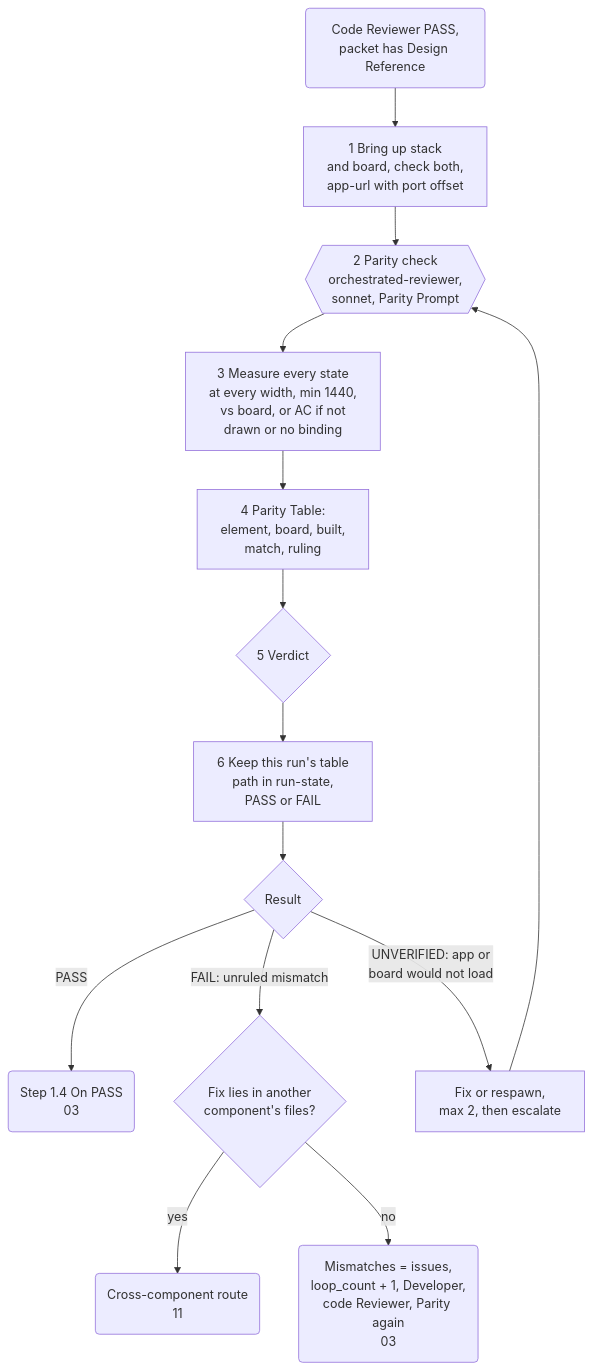
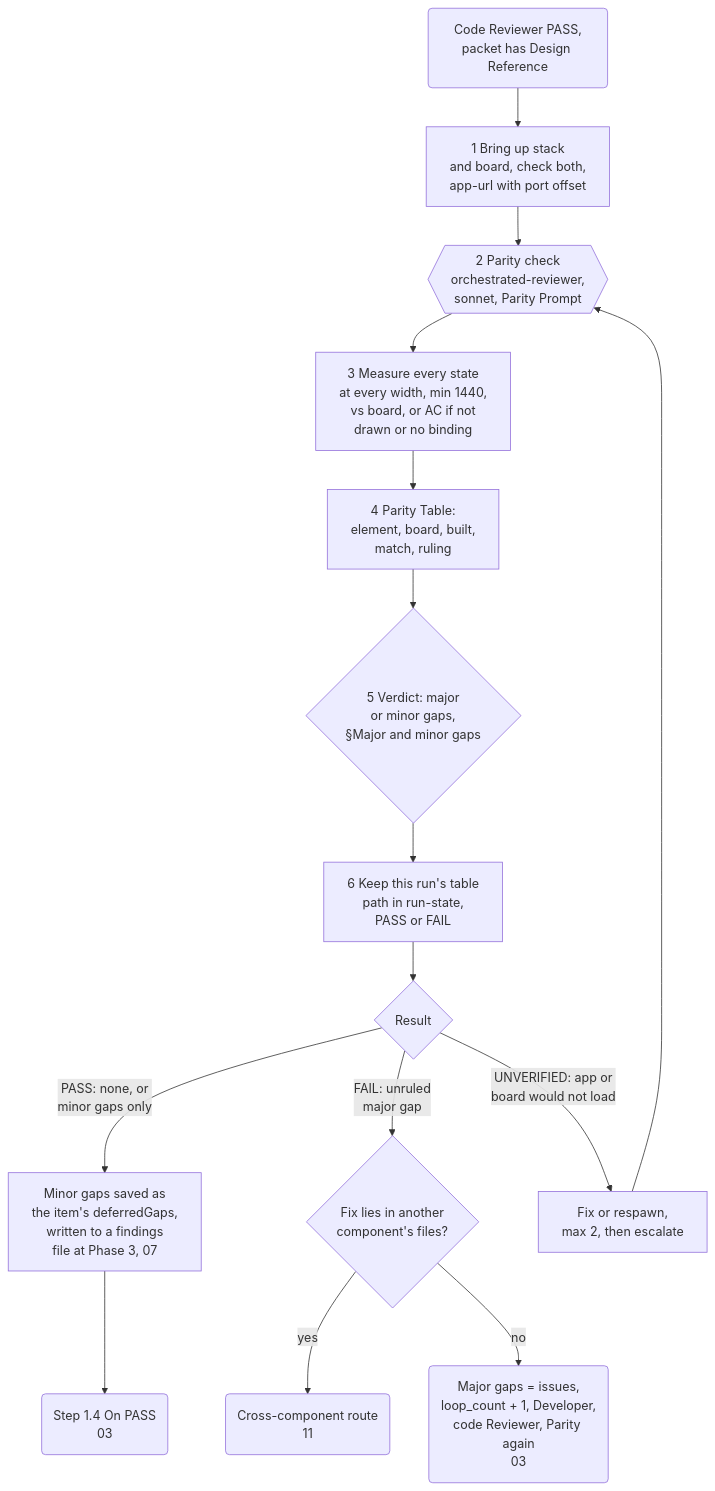
Before and after one commit to muhammedalikhan86/claude-stash: the second of 2 diagrams in skills/plugin-orchestrator-development-pattern/mermaid/04-ui-packets.md, drawn with Mermaid. The commit also changed other lines of this file and 30 other files, not shown here.

First line of the commit message:
feat(skills): disparity-checker, findings intake, major-only parity gate; link accounts

````diff
--- a/skills/plugin-orchestrator-development-pattern/mermaid/04-ui-packets.md
+++ b/skills/plugin-orchestrator-development-pattern/mermaid/04-ui-packets.md
@@ -36,16 +36,17 @@
 ```mermaid
 flowchart TD
     S0("Code Reviewer PASS,<br/>packet has Design Reference") --> Up["1 Bring up stack<br/>and board, check both,<br/>app-url with port offset"]
     Up --> Spawn{{"2 Parity check<br/>orchestrated-reviewer,<br/>sonnet, Parity Prompt"}}
     Spawn --> Measure["3 Measure every state<br/>at every width, min 1440,<br/>vs board, or AC if not<br/>drawn or no binding"]
     Measure --> Table["4 Parity Table:<br/>element, board, built,<br/>match, ruling"]
-    Table --> V{"5 Verdict"}
+    Table --> V{"5 Verdict: major<br/>or minor gaps,<br/>§Major and minor gaps"}
     V --> Keep["6 Keep this run's table<br/>path in run-state,<br/>PASS or FAIL"]
     Keep --> Res{"Result"}
-    Res -->|"PASS"| Pass("Step 1.4 On PASS<br/>03")
-    Res -->|"FAIL: unruled mismatch"| Where{"Fix lies in another<br/>component's files?"}
+    Res -->|"PASS: none, or<br/>minor gaps only"| Defer["Minor gaps saved as<br/>the item's deferredGaps,<br/>written to a findings<br/>file at Phase 3, 07"]
+    Defer --> Pass("Step 1.4 On PASS<br/>03")
+    Res -->|"FAIL: unruled<br/>major gap"| Where{"Fix lies in another<br/>component's files?"}
     Where -->|"yes"| XC("Cross-component route<br/>11")
-    Where -->|"no"| Fail("Mismatches = issues,<br/>loop_count + 1, Developer,<br/>code Reviewer, Parity again<br/>03")
+    Where -->|"no"| Fail("Major gaps = issues,<br/>loop_count + 1, Developer,<br/>code Reviewer, Parity again<br/>03")
     Res -->|"UNVERIFIED: app or<br/>board would not load"| Unv["Fix or respawn,<br/>max 2, then escalate"]
     Unv --> Spawn
 ```
````
